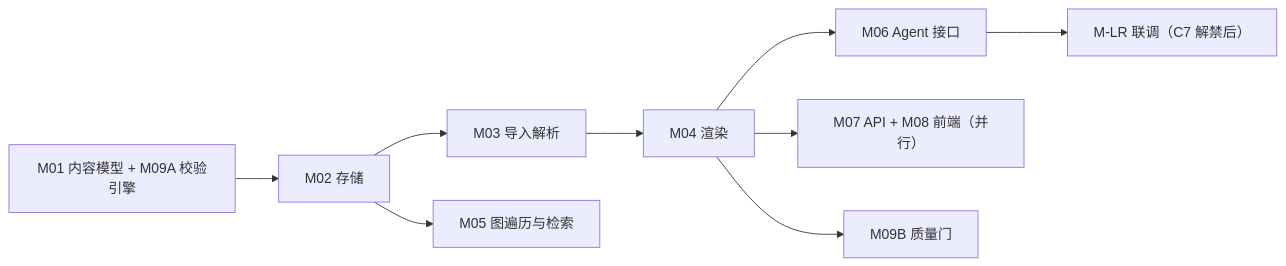
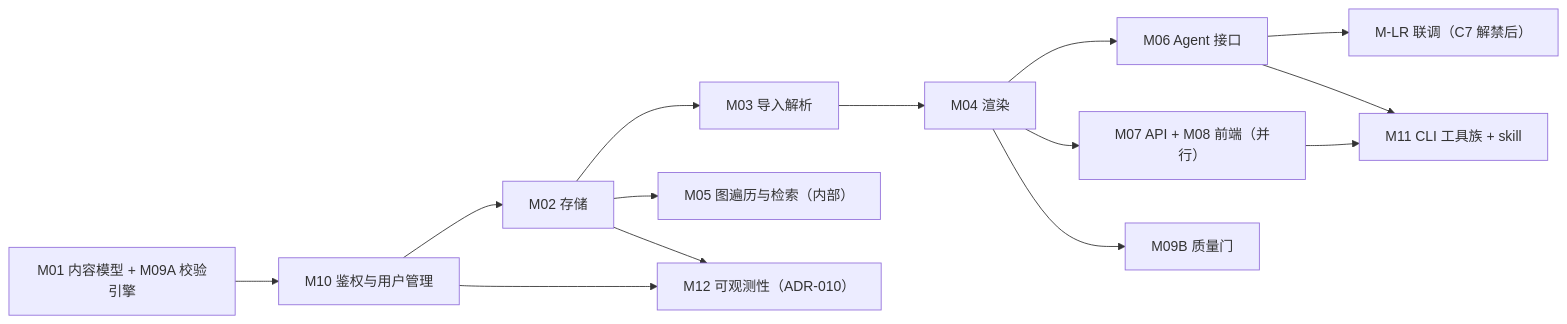
One commit to amoslee2026/AgenticDocer changed the sixth of 6 diagrams in spec/idea/design_doc.md. Above: the diagram before and after it, drawn with Mermaid. The commit also changed other lines of this file, not shown here.

````diff
--- a/spec/idea/design_doc.md
+++ b/spec/idea/design_doc.md
@@ -312,9 +316,14 @@
 ```mermaid
 flowchart LR
-    A["M01 内容模型 + M09A 校验引擎"] --> B["M02 存储"] --> C["M03 导入解析"] --> D["M04 渲染"]
+    A["M01 内容模型 + M09A 校验引擎"] --> A2["M10 鉴权与用户管理"]
+    A2 --> B["M02 存储"] --> C["M03 导入解析"] --> D["M04 渲染"]
     D --> E["M06 Agent 接口"]
     D --> F["M07 API + M08 前端（并行）"]
-    B --> G["M05 图遍历与检索"]
+    B --> G["M05 图遍历与检索（内部）"]
     D --> H["M09B 质量门"]
     E --> I["M-LR 联调（C7 解禁后）"]
+    E --> J["M11 CLI 工具族 + skill"]
+    F --> J
+    A2 --> K["M12 可观测性（ADR-010）"]
+    B --> K
 ```
````
